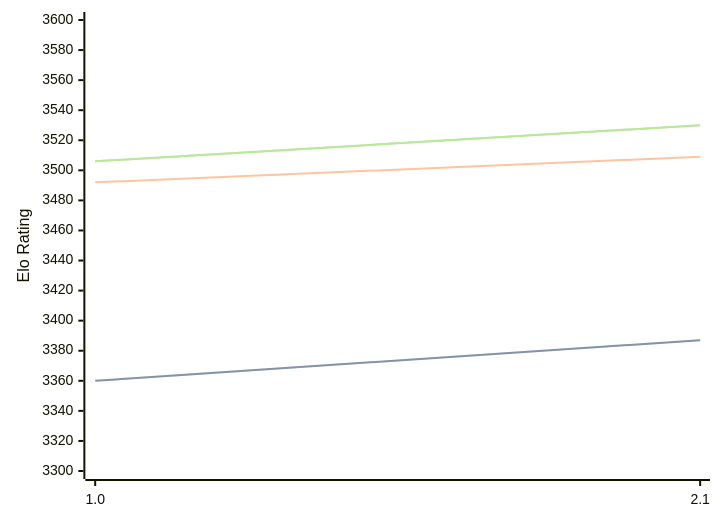
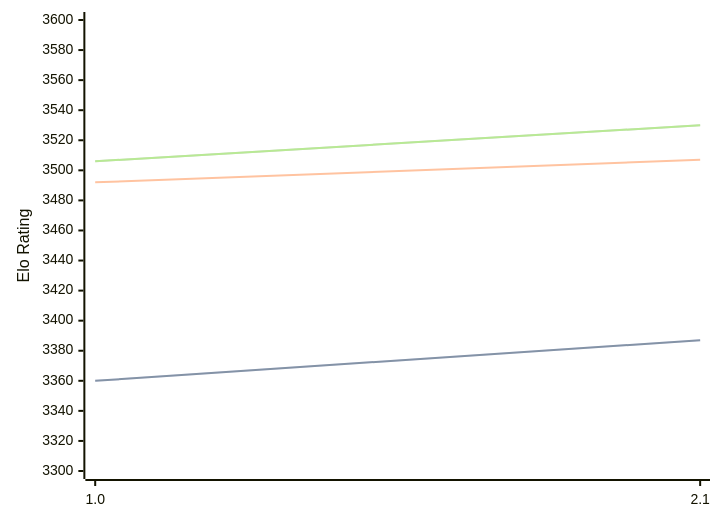
Before and after one commit to computer-chess-index/cci: the third of 3 diagrams in engines/Hobbes.md, drawn with Mermaid. The commit also changed other lines of this file, not shown here.

````diff
--- a/engines/Hobbes.md
+++ b/engines/Hobbes.md
@@ -66,11 +66,11 @@
 ```mermaid
 %%{init: {"theme":"base","themeVariables":{"seriesColors:['#a3a3a3','#222221','#faa371']}}}%%
 xychart-beta
   x-axis ["1.0", "2.1"]
   y-axis "Elo Rating" 3300 --> 3600
   line "STC (8.0+0.08s)" [3360, 3387]
   line "STC (8.0+0.08s)" [3360, 3387]
-  line "LTC (60.0+0.60s)" [3492, 3509]
+  line "LTC (60.0+0.60s)" [3492, 3507]
   line "VLTC (2m24s+1.12s)" [3506, 3530]
   line "VLTC (2m24s+1.12s)" [3506, 3530]
 ```
````
